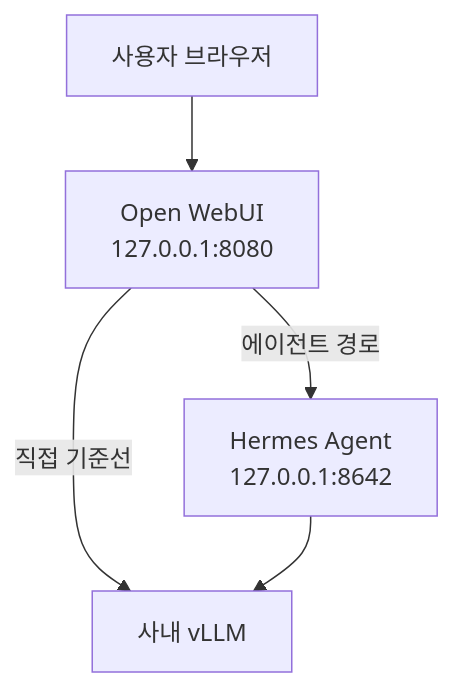
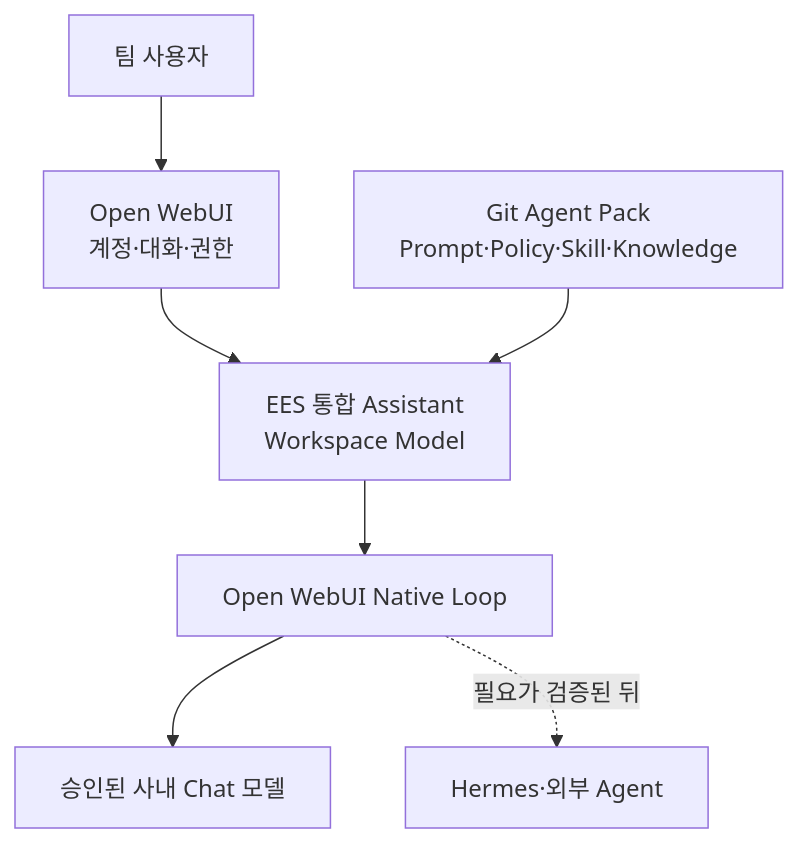
The first of 2 diagrams in README.md (knadalkim-a11y/team-agent-poc), drawn with Mermaid before and after one commit. The commit also changed other lines of this file, not shown here.

Commit message:
docs: make Open WebUI native the primary MVP

````diff
--- a/README.md
+++ b/README.md
@@ -9,12 +11,9 @@
 ```mermaid
 flowchart TB
-    User["사용자 브라우저"]
-    WebUI["Open WebUI<br/>127.0.0.1:8080"]
-    Hermes["Hermes Agent<br/>127.0.0.1:8642"]
-    LLM["사내 vLLM"]
-
-    User --> WebUI
-    WebUI -->|"직접 기준선"| LLM
-    WebUI -->|"에이전트 경로"| Hermes
-    Hermes --> LLM
+    User["팀 사용자"] --> WebUI["Open WebUI<br/>계정·대화·권한"]
+    WebUI --> Assistant["EES 통합 Assistant<br/>Workspace Model"]
+    Pack["Git Agent Pack<br/>Prompt·Policy·Skill·Knowledge"] --> Assistant
+    Assistant --> Native["Open WebUI Native Loop"]
+    Native --> LLM["승인된 사내 Chat 모델"]
+    Native -. "필요가 검증된 뒤" .-> External["Hermes·외부 Agent"]
 ```
````
